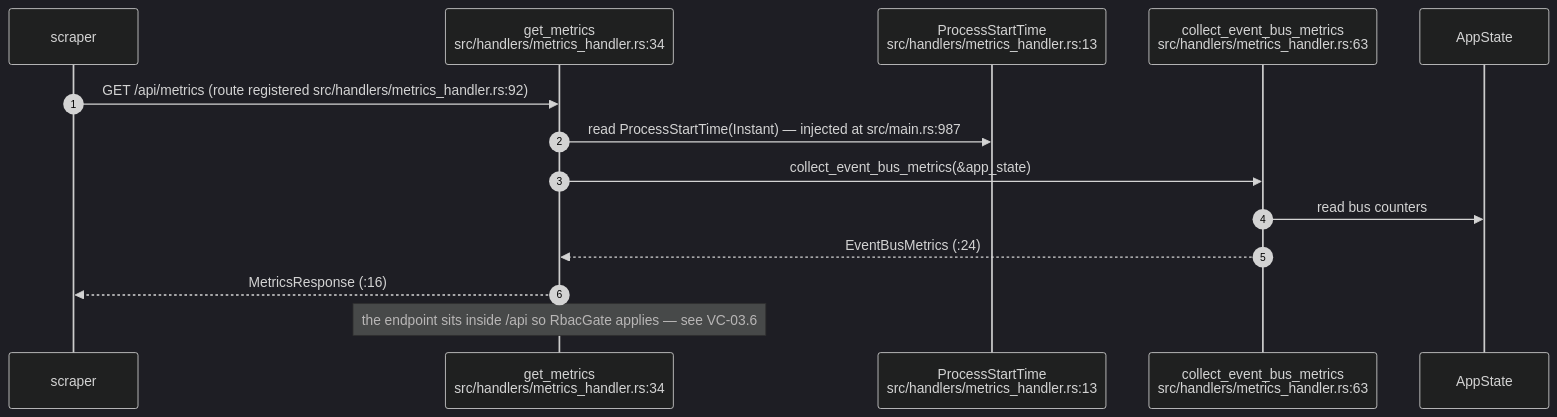
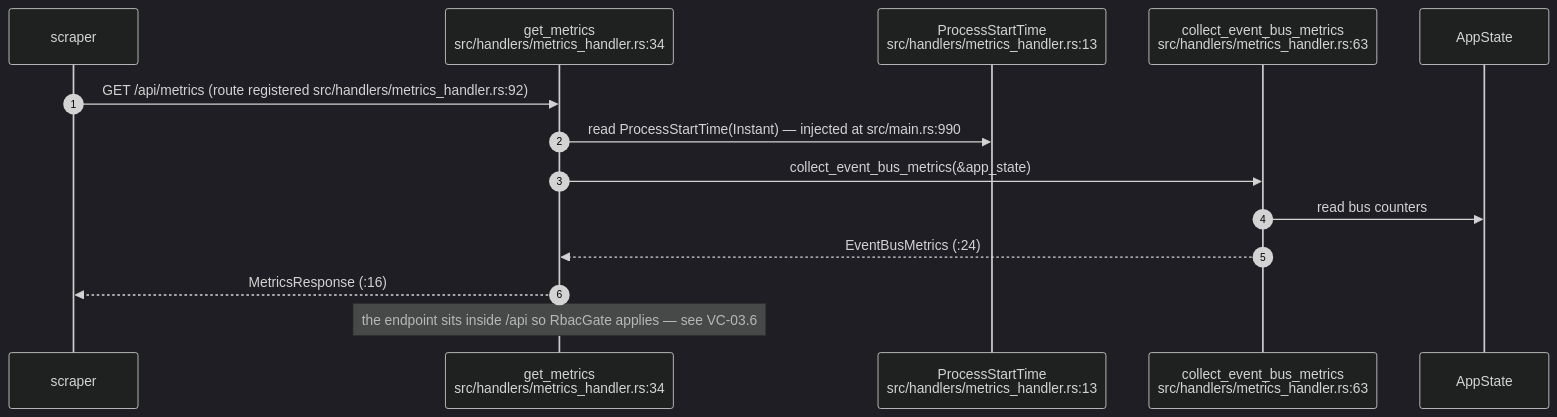
Before and after one commit to DreamLab-AI/AR-AI-Knowledge-Graph: the sixth of 12 diagrams in docs/diagrams/visionclaw/08-observability-health-and-dev-loop.md, drawn with Mermaid (dark theme). The commit also changed other lines of this file and 73 other files, not shown here.

First line of the commit message:
docs(diagrams): re-verify all 71 topic files against HEAD; add --cite-check

````diff
--- a/docs/diagrams/visionclaw/08-observability-health-and-dev-loop.md
+++ b/docs/diagrams/visionclaw/08-observability-health-and-dev-loop.md
@@ -187,17 +187,17 @@
 ```mermaid
 sequenceDiagram
     autonumber
     participant CL as scraper
     participant MH as get_metrics<br/>src/handlers/metrics_handler.rs:34
     participant PS as ProcessStartTime<br/>src/handlers/metrics_handler.rs:13
     participant EB as collect_event_bus_metrics<br/>src/handlers/metrics_handler.rs:63
     participant AS as AppState
 
     CL->>MH: GET /api/metrics (route registered src/handlers/metrics_handler.rs:92)
-    MH->>PS: read ProcessStartTime(Instant) — injected at src/main.rs:987
+    MH->>PS: read ProcessStartTime(Instant) — injected at src/main.rs:990
     MH->>EB: collect_event_bus_metrics(&app_state)
     EB->>AS: read bus counters
     EB-->>MH: EventBusMetrics (:24)
     MH-->>CL: MetricsResponse (:16)
     Note over MH: the endpoint sits inside /api so RbacGate applies — see VC-03.6
 ```
````
